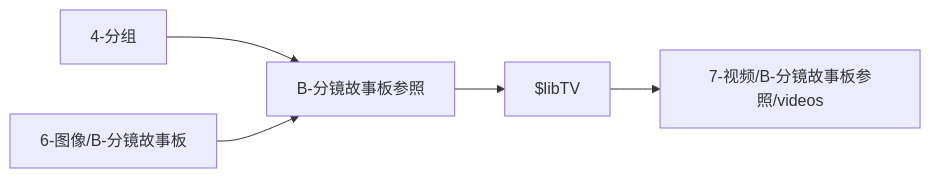
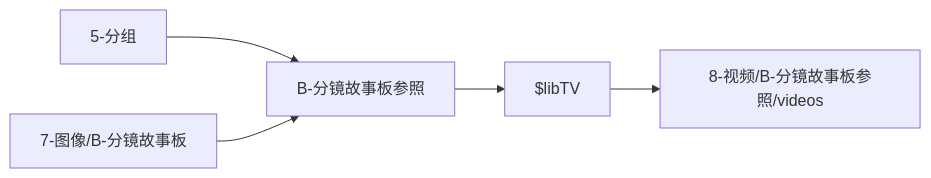
The diagram in .agents/skills/aigc/backup/B-分镜故事板参照/README.md (ZEN-VOID/AI-CUT), drawn with Mermaid before and after one commit. The commit also changed other lines of this file and 1070 other files, not shown here.

````diff
--- a/.agents/skills/aigc/backup/B-分镜故事板参照/README.md
+++ b/.agents/skills/aigc/backup/B-分镜故事板参照/README.md
@@ -32,7 +32,7 @@
 ```mermaid
 flowchart LR
-    A["4-分组"] --> B["B-分镜故事板参照"]
-    C["6-图像/B-分镜故事板"] --> B
+    A["5-分组"] --> B["B-分镜故事板参照"]
+    C["7-图像/B-分镜故事板"] --> B
     B --> D["$libTV"]
-    D --> E["7-视频/B-分镜故事板参照/videos"]
+    D --> E["8-视频/B-分镜故事板参照/videos"]
 ```
````
